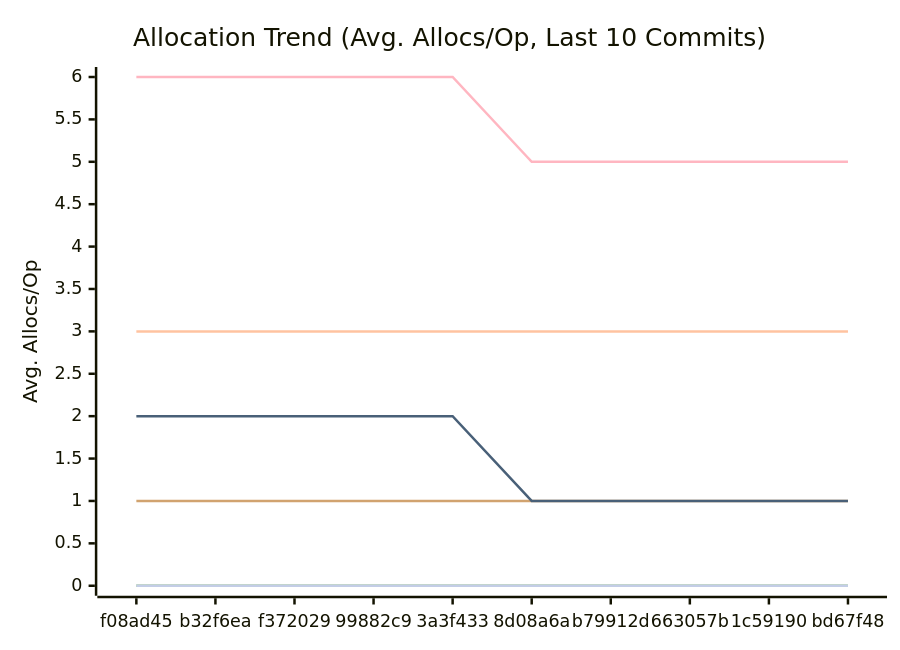
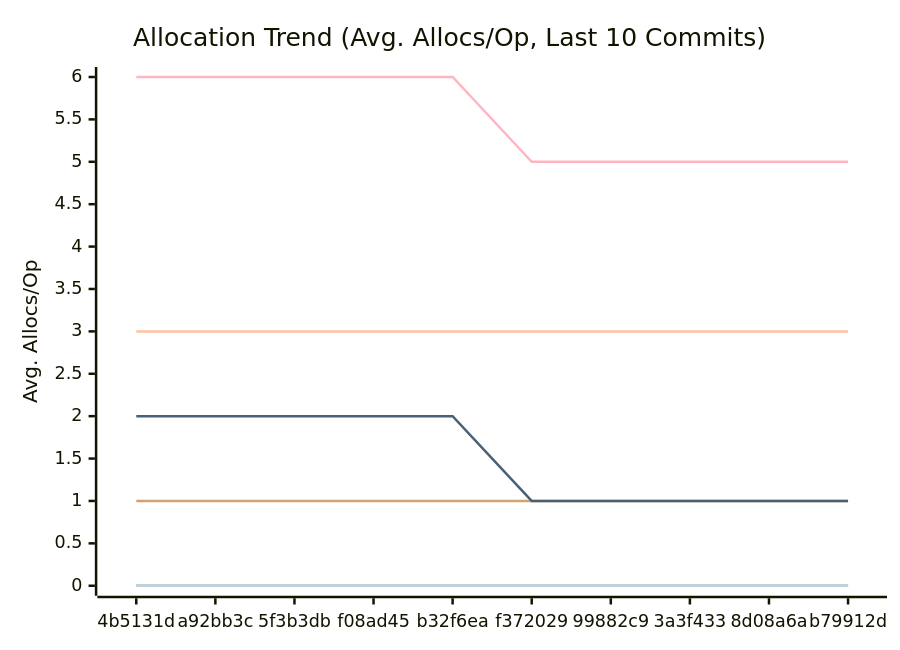
The third of 3 diagrams in docs/PERFORMANCE.md (alsotoes/momo), drawn with Mermaid before and after one commit. The commit also changed other lines of this file and 7 other files, not shown here.

````diff
--- a/docs/PERFORMANCE.md
+++ b/docs/PERFORMANCE.md
@@ -114,16 +114,16 @@
 ```mermaid
 xychart-beta
     title "Allocation Trend (Avg. Allocs/Op, Last 10 Commits)"
     x-axis "Commit"
     y-axis "Avg. Allocs/Op"
-    x-axis [f08ad45,b32f6ea,f372029,99882c9,3a3f433,8d08a6a,b79912d,663057b,1c59190,bd67f48]
+    x-axis [4b5131d,a92bb3c,5f3b3db,f08ad45,b32f6ea,f372029,99882c9,3a3f433,8d08a6a,b79912d]
     line "CheckMetricsAndSwap" [0,0,0,0,0,0,0,0,0,0]
     line "CrushOptimized" [0,0,0,0,0,0,0,0,0,0]
     line "CrushOriginal" [3,3,3,3,3,3,3,3,3,3]
     line "IndexDirectTracking" [0,0,0,0,0,0,0,0,0,0]
     line "IndexSearch" [0,0,0,0,0,0,0,0,0,0]
     line "LoadGlobalConfig" [1,1,1,1,1,1,1,1,1,1]
     line "PadString" [0,0,0,0,0,0,0,0,0,0]
     line "ParseReplicationOrder_NoPrealloc" [6,6,6,6,6,5,5,5,5,5]
     line "ParseReplicationOrder_Prealloc" [2,2,2,2,2,1,1,1,1,1]
 ```
````
